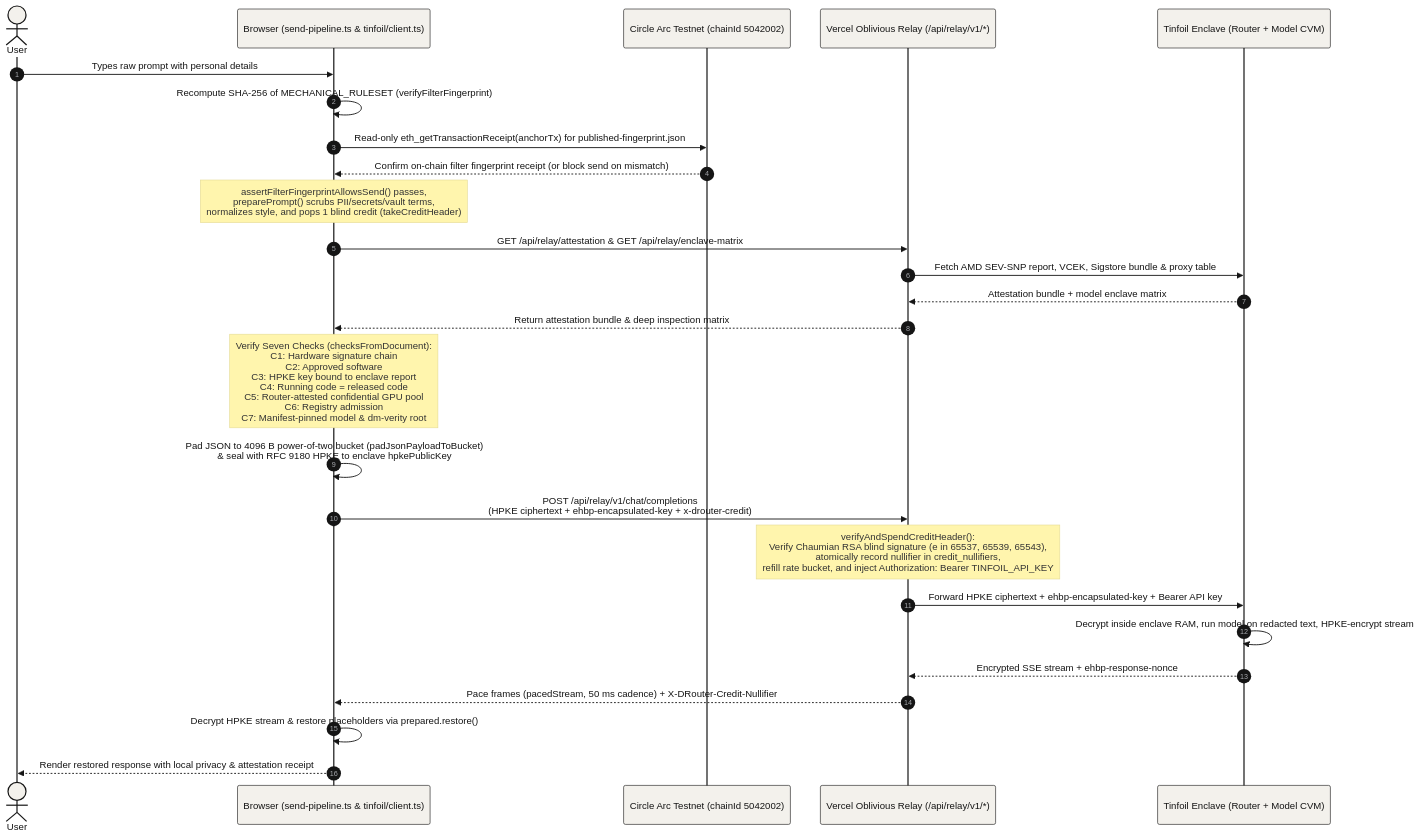
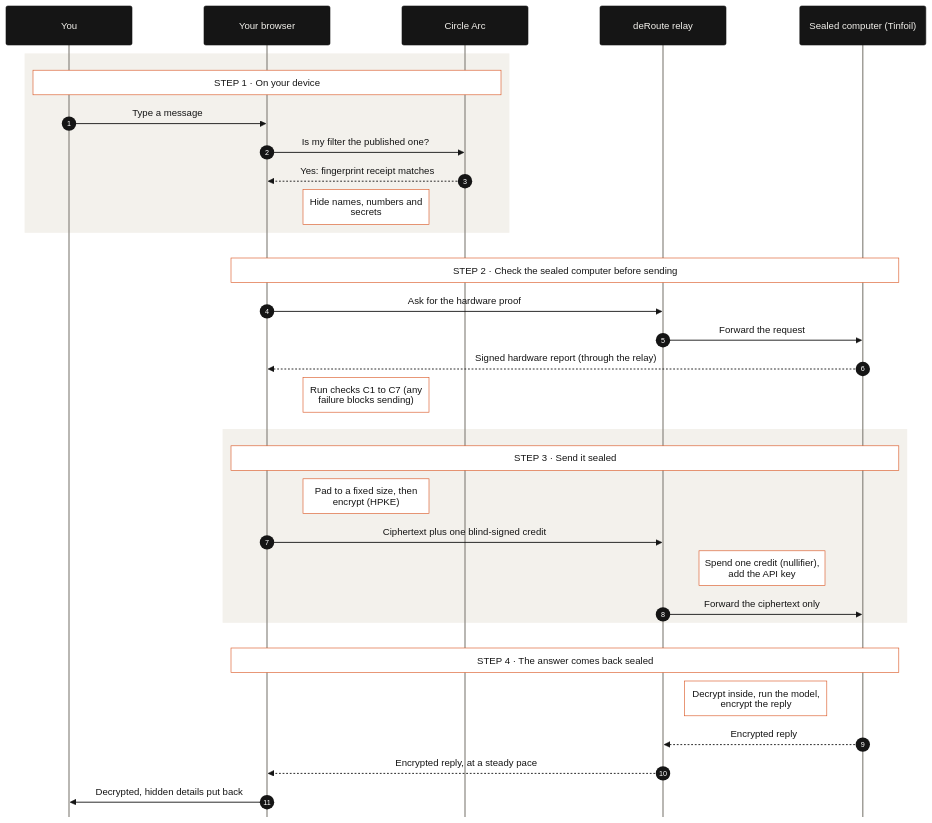
Before and after one commit to thepigdestroyer/drouter: the third of 3 diagrams in README.md, drawn with Mermaid. The commit also changed 13 other files, not shown here.

Commit message:
Diagrams: chat, agent and payment sequences redrawn with solid ink arrows, numbered steps, four plain phases on light bands (readable in GitHub dark mode), no labels under lifelines

````diff
--- a/README.md
+++ b/README.md
@@ -95,36 +95,42 @@
 ```mermaid
-%%{init: {"theme":"base","themeVariables":{"primaryColor":"#f3f1ec","primaryTextColor":"#151515","primaryBorderColor":"#151515","lineColor":"#595752","secondaryColor":"#ffffff","tertiaryColor":"#f3f1ec","fontFamily":"Georgia, serif"}}}%%
+%%{init: {"theme":"base","themeVariables":{"fontFamily":"Georgia, serif","fontSize":"16px","actorBkg":"#151515","actorTextColor":"#f3f1ec","actorBorder":"#151515","actorLineColor":"#8a8780","signalColor":"#151515","signalTextColor":"#151515","noteBkgColor":"#ffffff","noteBorderColor":"#d9531e","noteTextColor":"#151515","sequenceNumberColor":"#ffffff","labelBoxBkgColor":"#151515","labelTextColor":"#f3f1ec"},"themeCSS":".messageLine0,.messageLine1{stroke-width:2.4px;} .messageText{font-weight:600;} marker path{fill:#151515;stroke:#151515;}","sequence":{"mirrorActors":false,"wrap":true,"width":210,"actorMargin":120,"messageMargin":34,"boxMargin":14,"noteMargin":12}}}%%
 sequenceDiagram
   autonumber
-  actor User as User
-  participant Browser as Browser (send-pipeline.ts & tinfoil/client.ts)
-  participant Arc as Circle Arc Testnet (chainId 5042002)
-  participant Relay as Vercel Oblivious Relay (/api/relay/v1/*)
-  participant Enclave as Tinfoil Enclave (Router + Model CVM)
+  participant U as You
+  participant B as Your browser
+  participant A as Circle Arc
+  participant R as deRoute relay
+  participant E as Sealed computer (Tinfoil)
 
-  User->>Browser: Types raw prompt with personal details
-  Browser->>Browser: Recompute SHA-256 of MECHANICAL_RULESET (verifyFilterFingerprint)
-  Browser->>Arc: Read-only eth_getTransactionReceipt(anchorTx) for published-fingerprint.json
-  Arc-->>Browser: Confirm on-chain filter fingerprint receipt (or block send on mismatch)
-  Note over Browser: assertFilterFingerprintAllowsSend() passes,<br/>preparePrompt() scrubs PII/secrets/vault terms,<br/>normalizes style, and pops 1 blind credit (takeCreditHeader)
+  rect rgb(243, 241, 236)
+    Note over U,A: STEP 1 · On your device
+    U->>B: Type a message
+    B->>A: Is my filter the published one?
+    A-->>B: Yes: fingerprint receipt matches
+    Note right of B: Hide names, numbers and secrets
+  end
 
-  Browser->>Relay: GET /api/relay/attestation & GET /api/relay/enclave-matrix
-  Relay->>Enclave: Fetch AMD SEV-SNP report, VCEK, Sigstore bundle & proxy table
-  Enclave-->>Relay: Attestation bundle + model enclave matrix
-  Relay-->>Browser: Return attestation bundle & deep inspection matrix
+  rect rgb(255, 255, 255)
+    Note over B,E: STEP 2 · Check the sealed computer before sending
+    B->>R: Ask for the hardware proof
+    R->>E: Forward the request
+    E-->>B: Signed hardware report (through the relay)
+    Note right of B: Run checks C1 to C7 (any failure blocks sending)
+  end
 
-  Note over Browser: Verify Seven Checks (checksFromDocument):<br/>C1: Hardware signature chain<br/>C2: Approved software<br/>C3: HPKE key bound to enclave report<br/>C4: Running code = released code<br/>C5: Router-attested confidential GPU pool<br/>C6: Registry admission<br/>C7: Manifest-pinned model & dm-verity root
+  rect rgb(243, 241, 236)
+    Note over B,E: STEP 3 · Send it sealed
+    Note right of B: Pad to a fixed size, then encrypt (HPKE)
+    B->>R: Ciphertext plus one blind-signed credit
+    Note right of R: Spend one credit (nullifier), add the API key
+    R->>E: Forward the ciphertext only
+  end
 
-  Browser->>Browser: Pad JSON to 4096 B power-of-two bucket (padJsonPayloadToBucket)<br/>& seal with RFC 9180 HPKE to enclave hpkePublicKey
-
-  Browser->>Relay: POST /api/relay/v1/chat/completions<br/>(HPKE ciphertext + ehbp-encapsulated-key + x-drouter-credit)
-  Note over Relay: verifyAndSpendCreditHeader():<br/>Verify Chaumian RSA blind signature (e in 65537, 65539, 65543),<br/>atomically record nullifier in credit_nullifiers,<br/>refill rate bucket, and inject Authorization: Bearer TINFOIL_API_KEY
-
-  Relay->>Enclave: Forward HPKE ciphertext + ehbp-encapsulated-key + Bearer API key
-  Enclave->>Enclave: Decrypt inside enclave RAM, run model on redacted text, HPKE-encrypt stream
-  Enclave-->>Relay: Encrypted SSE stream + ehbp-response-nonce
-  Relay-->>Browser: Pace frames (pacedStream, 50 ms cadence) + X-DRouter-Credit-Nullifier
-
-  Browser->>Browser: Decrypt HPKE stream & restore placeholders via prepared.restore()
-  Browser-->>User: Render restored response with local privacy & attestation receipt
+  rect rgb(255, 255, 255)
+    Note over B,E: STEP 4 · The answer comes back sealed
+    Note left of E: Decrypt inside, run the model, encrypt the reply
+    E-->>R: Encrypted reply
+    R-->>B: Encrypted reply, at a steady pace
+    B->>U: Decrypted, hidden details put back
+  end
 ```
````
